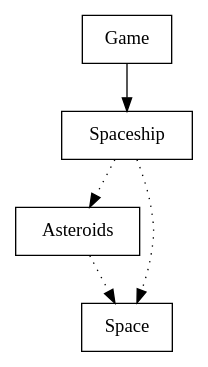
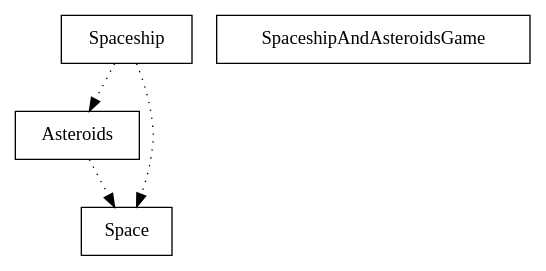
One commit to ayesh99747/RAP-CW1 changed the diagram in SpaceshipsAndAsteroids/bdp/SpaceshipsAndAsteroids.dot. Above: the diagram before and after it, drawn with Graphviz. The commit also changed 11 other files, not shown here.

Commit message:
Added SpaceshipAndAsteroidsGame

```diff
--- a/SpaceshipsAndAsteroids/bdp/SpaceshipsAndAsteroids.dot
+++ b/SpaceshipsAndAsteroids/bdp/SpaceshipsAndAsteroids.dot
@@ -1,11 +1,10 @@
 digraph {
 Asteroids [ label=" Asteroids " shape= box ]
-Game [ label=" Game " shape= box ]
 Space [ label=" Space " shape= box ]
 Spaceship [ label=" Spaceship " shape= box ]
+SpaceshipAndAsteroidsGame [ label=" SpaceshipAndAsteroidsGame " shape= box ]
 
 "Asteroids" -> "Space" [style= dotted ]
-"Game" -> "Spaceship" []
 "Spaceship" -> "Space" [style= dotted ]
 "Spaceship" -> "Asteroids" [style= dotted ]
 }
```
